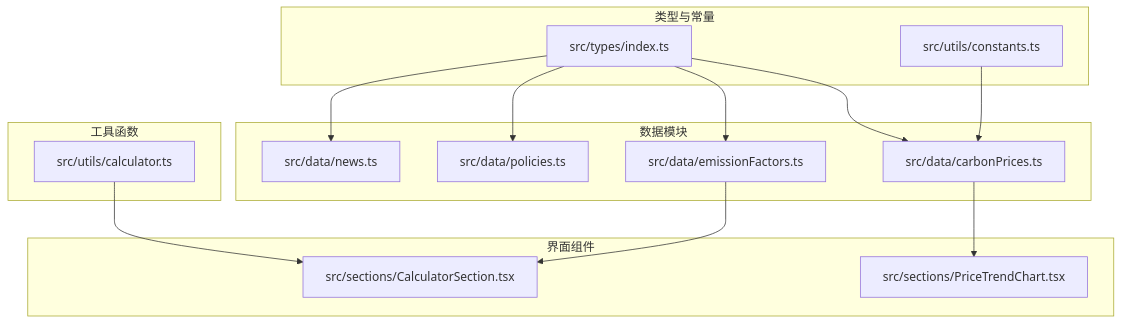
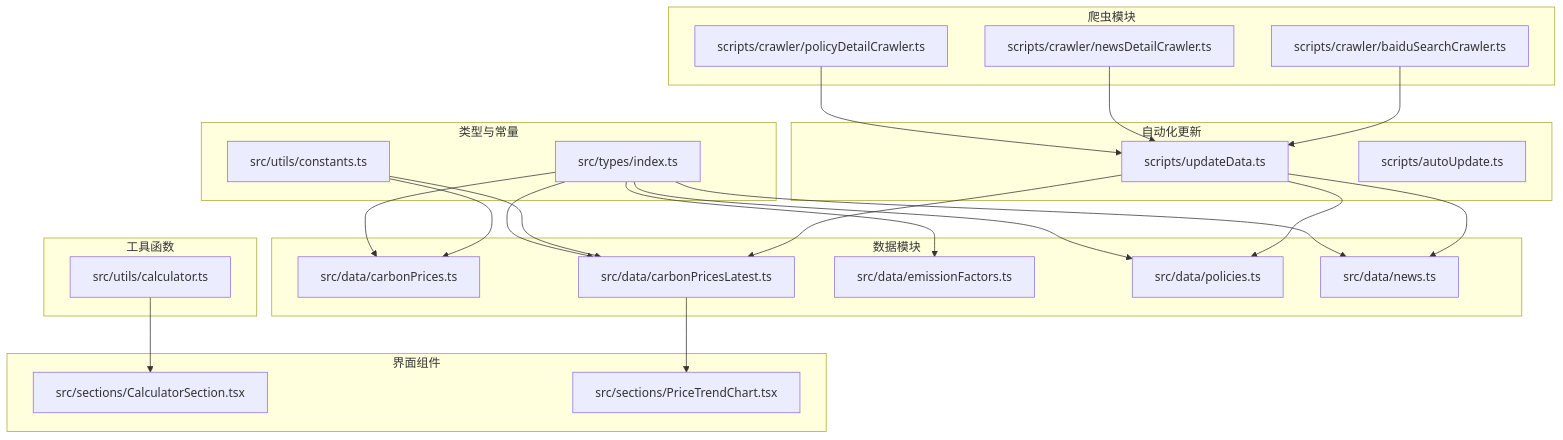
One commit to liangxuanliang-cmd/carbon-info-agent changed the first of 8 diagrams in .qoder/repowiki/zh/content/数据管理/数据处理与转换.md. Above: the diagram before and after it, drawn with Mermaid. The commit also changed other lines of this file and 21 other files, not shown here.

````diff
--- a/.qoder/repowiki/zh/content/数据管理/数据处理与转换.md
+++ b/.qoder/repowiki/zh/content/数据管理/数据处理与转换.md
@@ -35,28 +43,45 @@
 ```mermaid
 graph TB
 subgraph "类型与常量"
 T["src/types/index.ts"]
 C["src/utils/constants.ts"]
 end
 subgraph "数据模块"
 D1["src/data/carbonPrices.ts"]
-D2["src/data/emissionFactors.ts"]
-D3["src/data/policies.ts"]
-D4["src/data/news.ts"]
+D2["src/data/carbonPricesLatest.ts"]
+D3["src/data/emissionFactors.ts"]
+D4["src/data/policies.ts"]
+D5["src/data/news.ts"]
 end
 subgraph "工具函数"
 U1["src/utils/calculator.ts"]
 end
 subgraph "界面组件"
 V1["src/sections/CalculatorSection.tsx"]
 V2["src/sections/PriceTrendChart.tsx"]
 end
+subgraph "自动化更新"
+A1["scripts/updateData.ts"]
+A2["scripts/autoUpdate.ts"]
+end
+subgraph "爬虫模块"
+S1["scripts/crawler/policyDetailCrawler.ts"]
+S2["scripts/crawler/newsDetailCrawler.ts"]
+S3["scripts/crawler/baiduSearchCrawler.ts"]
+end
 T --> D1
 T --> D2
 T --> D3
 T --> D4
+T --> D5
 C --> D1
+C --> D2
 U1 --> V1
-D2 --> V1
-D1 --> V2
+D2 --> V2
+A1 --> D4
+A1 --> D5
+A1 --> D2
+S1 --> A1
+S2 --> A1
+S3 --> A1
 ```
````
